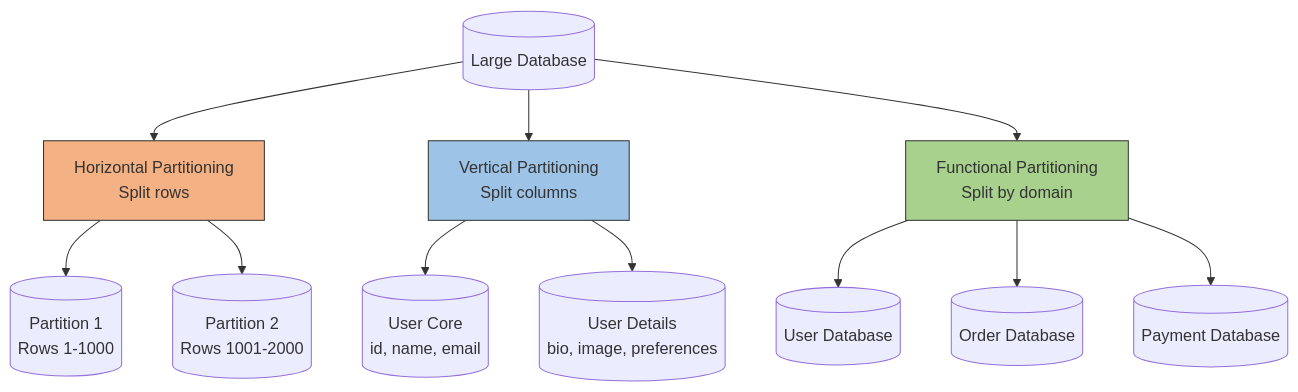
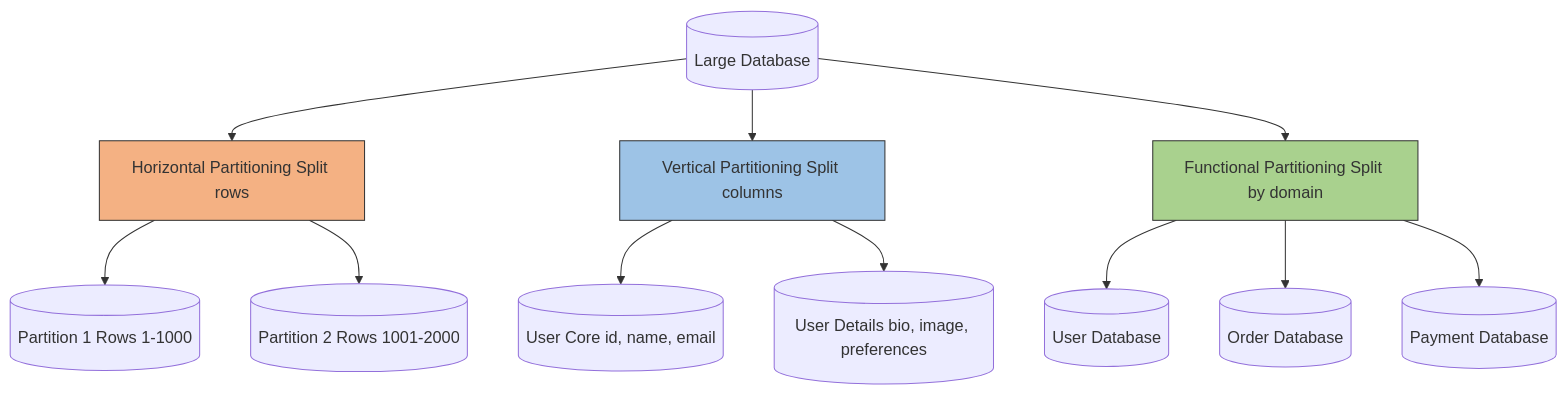
One commit to lekhrajdinkar/solution-engineer changed the first of 4 diagrams in docs/2022-2025/SE_02_system-design/SD_05_DataModeling/02_basic_concepts/03_02_database-partitioning.md. Above: the diagram before and after it, drawn with Mermaid. The commit also changed other lines of this file and 5 other files, not shown here.

````diff
--- a/docs/2022-2025/SE_02_system-design/SD_05_DataModeling/02_basic_concepts/03_02_database-partitioning.md
+++ b/docs/2022-2025/SE_02_system-design/SD_05_DataModeling/02_basic_concepts/03_02_database-partitioning.md
@@ -27,22 +27,22 @@
 ```mermaid
 flowchart TD
     DB[(Large Database)]
 
-    DB --> H[Horizontal Partitioning<br/>Split rows]
-    DB --> V[Vertical Partitioning<br/>Split columns]
-    DB --> F[Functional Partitioning<br/>Split by domain]
+    DB --> H[Horizontal Partitioning Split rows]
+    DB --> V[Vertical Partitioning Split columns]
+    DB --> F[Functional Partitioning Split by domain]
 
-    H --> H1[(Partition 1<br/>Rows 1-1000)]
-    H --> H2[(Partition 2<br/>Rows 1001-2000)]
+    H --> H1[(Partition 1 Rows 1-1000)]
+    H --> H2[(Partition 2 Rows 1001-2000)]
 
-    V --> V1[(User Core<br/>id, name, email)]
-    V --> V2[(User Details<br/>bio, image, preferences)]
+    V --> V1[(User Core id, name, email)]
+    V --> V2[(User Details bio, image, preferences)]
 
     F --> F1[(User Database)]
     F --> F2[(Order Database)]
     F --> F3[(Payment Database)]
 
     style H fill:#f4b183,stroke:#333
     style V fill:#9dc3e6,stroke:#333
     style F fill:#a9d18e,stroke:#333
 ```
````
